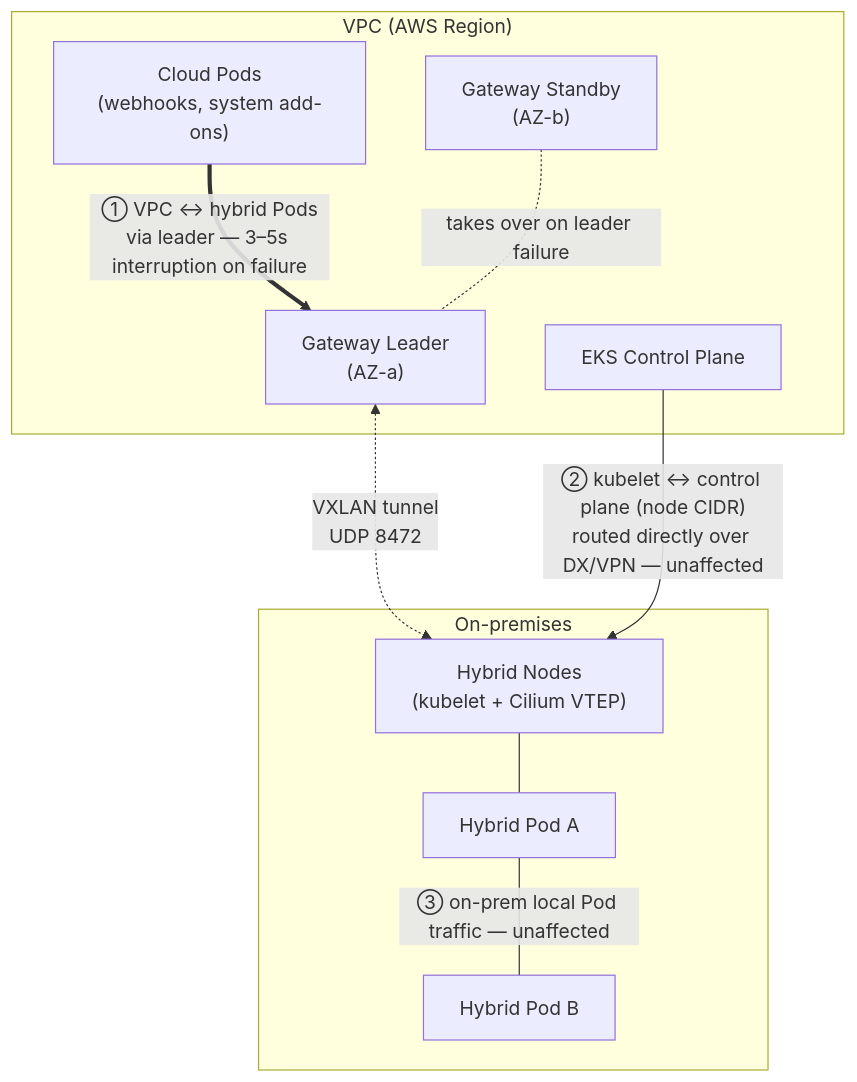
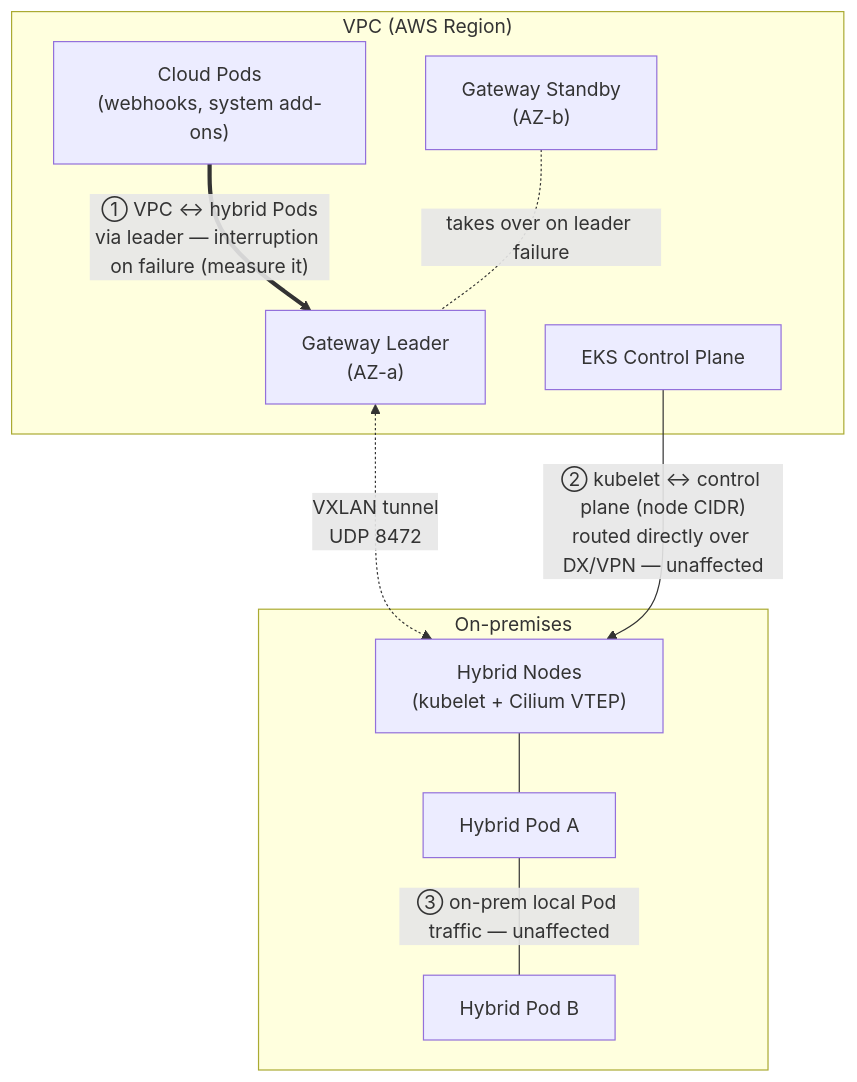
The second of 2 diagrams in i18n/en/docusaurus-plugin-content-docs/current/eks-hybrid-nodes/networking/hybrid-nodes-gateway.md (devfloor9/engineering-playbook), drawn with Mermaid before and after one commit. The commit also changed other lines of this file and 29 other files, not shown here.

````diff
--- a/i18n/en/docusaurus-plugin-content-docs/current/eks-hybrid-nodes/networking/hybrid-nodes-gateway.md
+++ b/i18n/en/docusaurus-plugin-content-docs/current/eks-hybrid-nodes/networking/hybrid-nodes-gateway.md
@@ -248,20 +271,20 @@
 ```mermaid
 flowchart TB
     subgraph VPC["VPC (AWS Region)"]
         CP["EKS Control Plane"]
         CPOD["Cloud Pods<br/>(webhooks, system add-ons)"]
         GWL["Gateway Leader<br/>(AZ-a)"]
         GWS["Gateway Standby<br/>(AZ-b)"]
     end
     subgraph ONPREM["On-premises"]
         HN["Hybrid Nodes<br/>(kubelet + Cilium VTEP)"]
         P1["Hybrid Pod A"]
         P2["Hybrid Pod B"]
     end
-    CPOD =="① VPC ↔ hybrid Pods<br/>via leader — 3–5s interruption on failure"==> GWL
+    CPOD =="① VPC ↔ hybrid Pods<br/>via leader — interruption on failure (measure it)"==> GWL
     GWL <-. "VXLAN tunnel<br/>UDP 8472" .-> HN
     GWS -. "takes over on leader failure" .- GWL
     CP --"② kubelet ↔ control plane (node CIDR)<br/>routed directly over DX/VPN — unaffected"--> HN
     P1 --"③ on-prem local Pod traffic — unaffected"--- P2
     HN --- P1
 ```
````
